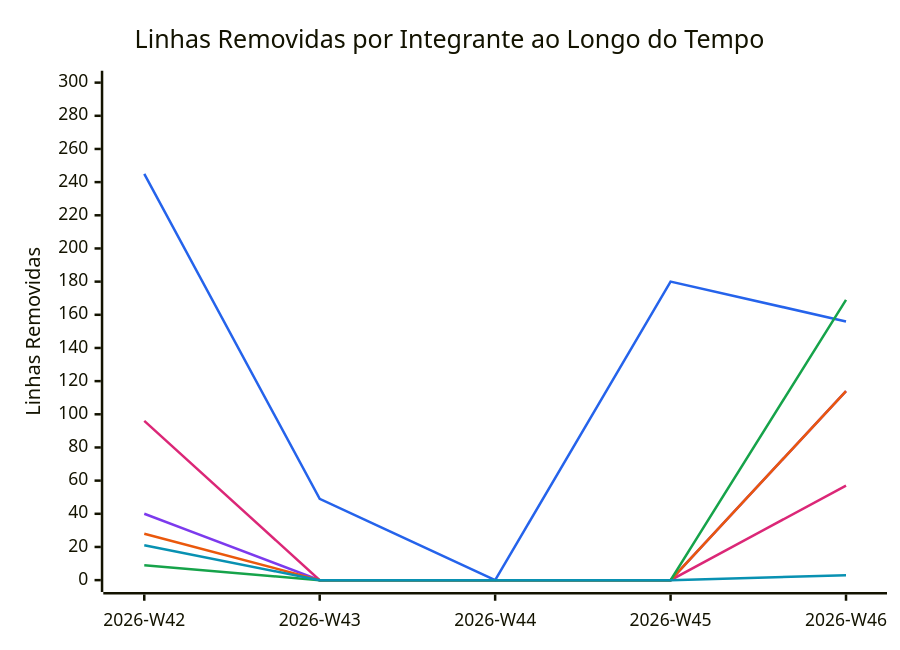
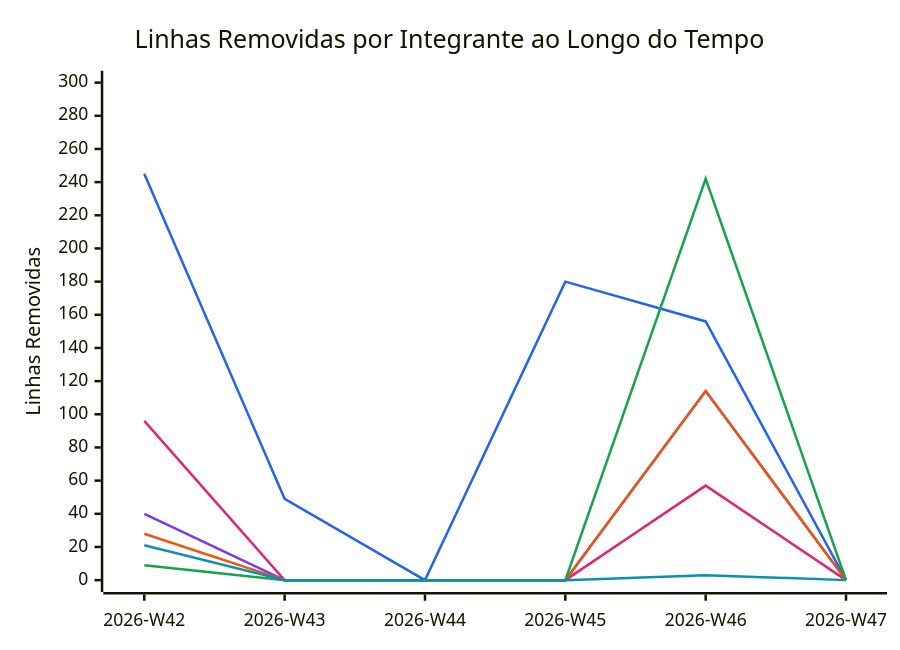
One commit to FCTE-Qualidade-de-Software-1/2026-2_T02_KAY_MCNULTY changed the diagram in snippets/code-deletions.mmd. Above: the diagram before and after it, drawn with Mermaid. The commit also changed 4 other files, not shown here.

```diff
--- a/snippets/code-deletions.mmd
+++ b/snippets/code-deletions.mmd
@@ -1,11 +1,11 @@
 %%{init: {"themeVariables": {"xyChart": {"plotColorPalette": "#2563eb, #7c3aed, #db2777, #ea580c, #16a34a, #0891b2"}}}}%%
 xychart-beta
     title "Linhas Removidas por Integrante ao Longo do Tempo"
-    x-axis ["2026-W42", "2026-W43", "2026-W44", "2026-W45", "2026-W46"]
+    x-axis ["2026-W42", "2026-W43", "2026-W44", "2026-W45", "2026-W46", "2026-W47"]
     y-axis "Linhas Removidas" 0 --> 300
-    line [245, 49, 0, 180, 156]
-    line [40, 0, 0, 0, 114]
-    line [96, 0, 0, 0, 57]
-    line [28, 0, 0, 0, 114]
-    line [9, 0, 0, 0, 169]
-    line [21, 0, 0, 0, 3]
+    line [245, 49, 0, 180, 156, 0]
+    line [40, 0, 0, 0, 114, 0]
+    line [96, 0, 0, 0, 57, 0]
+    line [28, 0, 0, 0, 114, 0]
+    line [9, 0, 0, 0, 242, 0]
+    line [21, 0, 0, 0, 3, 0]
```
